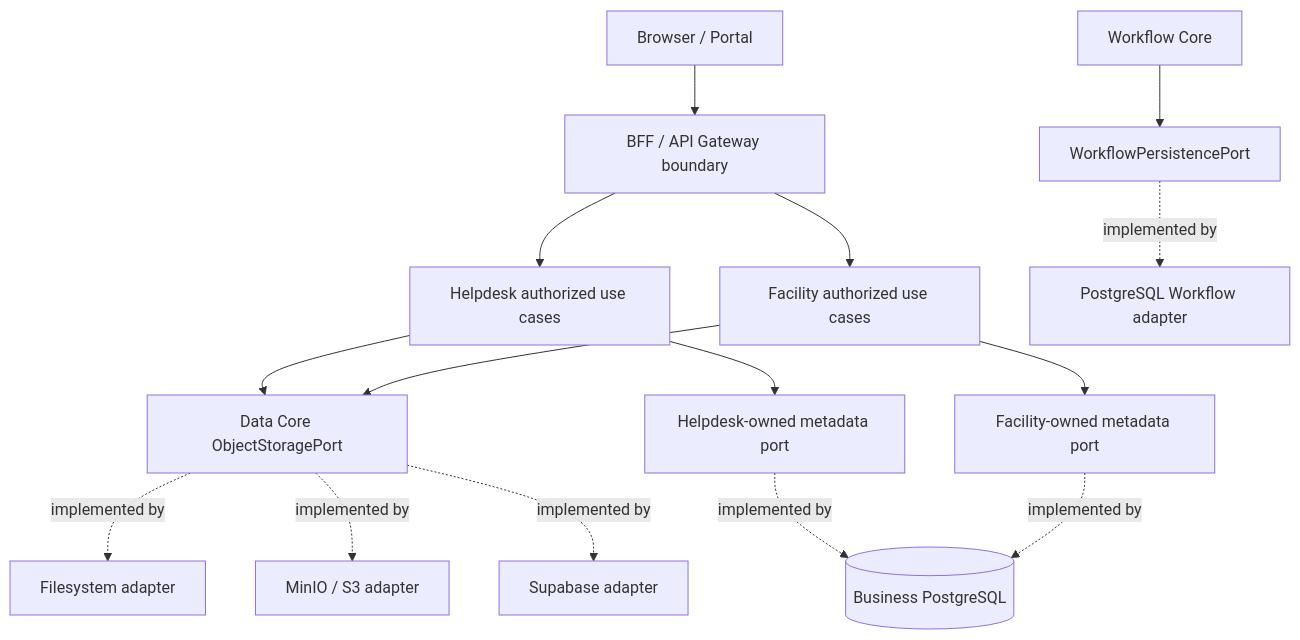
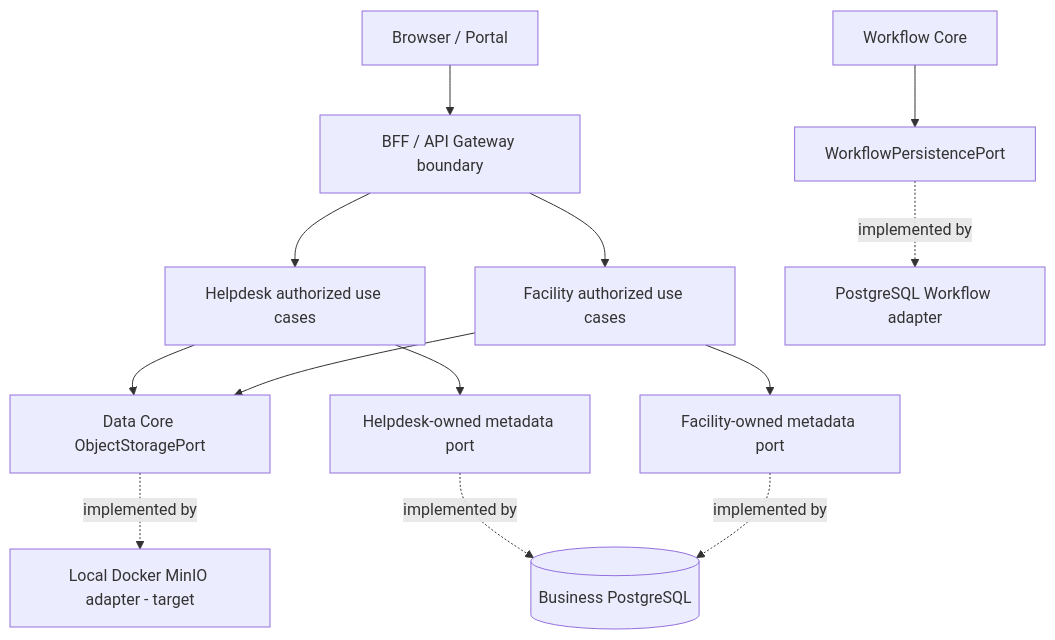
Before and after one commit to lexuanbao258-collab/dxos-open-core: the diagram in docs/02-core/data/data-architecture.md, drawn with Mermaid. The commit also changed other lines of this file and 108 other files, not shown here.

Commit message:
docs(architecture): align storage decision with MinIO MVP

````diff
--- a/docs/02-core/data/data-architecture.md
+++ b/docs/02-core/data/data-architecture.md
@@ -97,17 +97,15 @@
 ```mermaid
 flowchart TB
   Browser[Browser / Portal] --> BFF[BFF / API Gateway boundary]
   BFF --> H[Helpdesk authorized use cases]
   BFF --> F[Facility authorized use cases]
   H --> P[Data Core ObjectStoragePort]
   F --> P
   H --> HR[Helpdesk-owned metadata port]
   F --> FR[Facility-owned metadata port]
-  P -. implemented by .-> FS[Filesystem adapter]
-  P -. implemented by .-> S3[MinIO / S3 adapter]
-  P -. implemented by .-> SB[Supabase adapter]
+  P -. implemented by .-> MinIO[Local Docker MinIO adapter - target]
   HR -. implemented by .-> DB[(Business PostgreSQL)]
   FR -. implemented by .-> DB
   W[Workflow Core] --> WP[WorkflowPersistencePort]
   WP -. implemented by .-> PG[PostgreSQL Workflow adapter]
 ```
````
